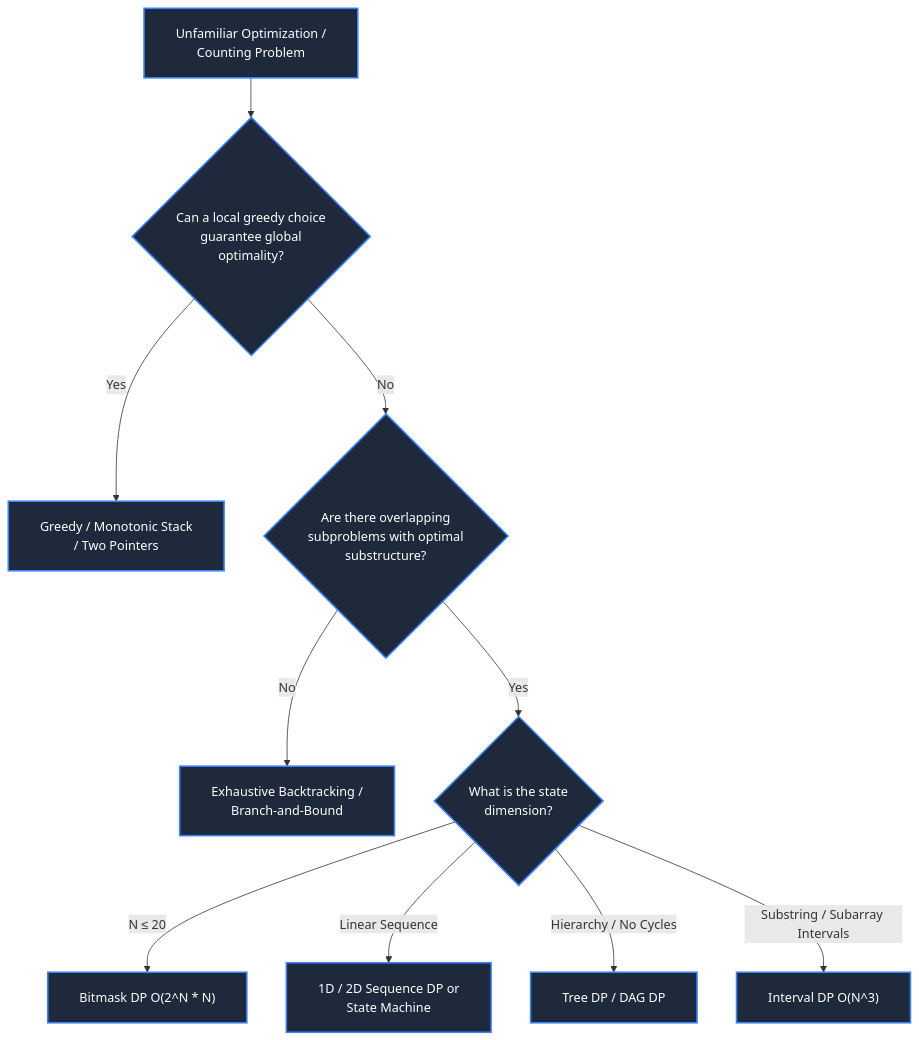
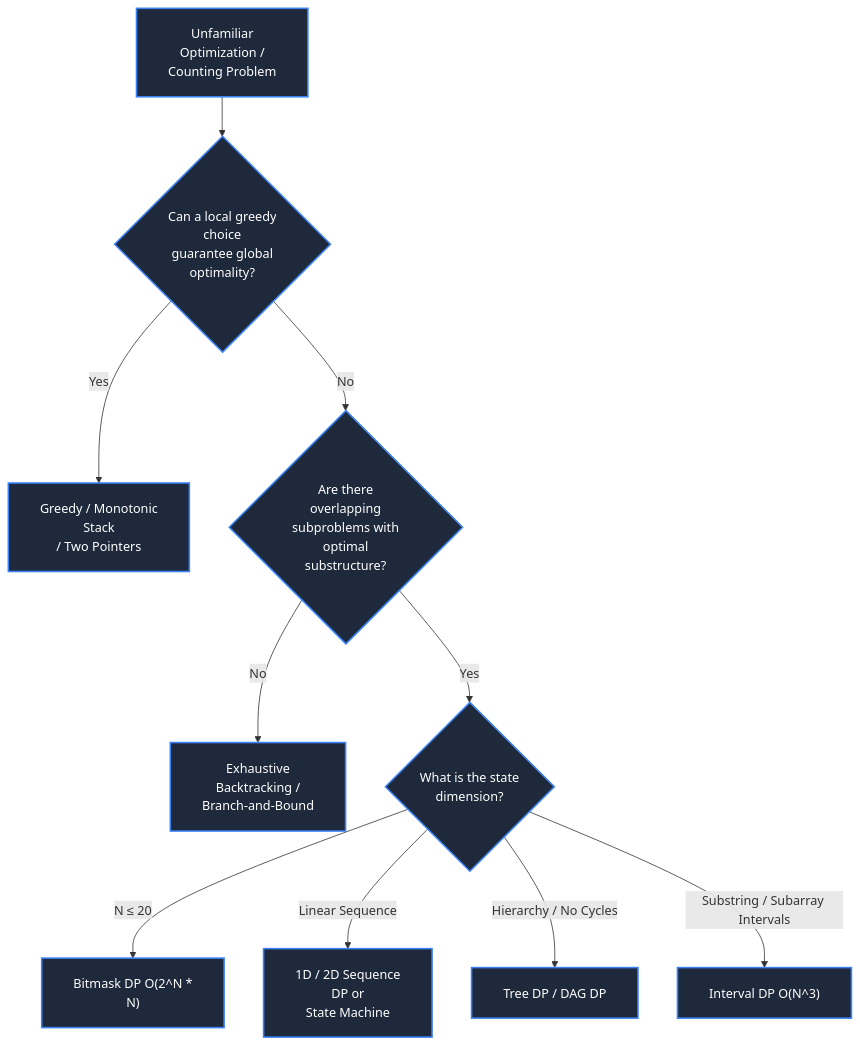
One commit to dip4k/DSA_102 changed the diagram in week_11_dp_ii_advanced/Week_11_Day_05_Mixed_DP_Problems_Instructional.md. Above: the diagram before and after it, drawn with Mermaid. The commit also changed 106 other files, not shown here.

First line of the commit message:
fix(mermaid): prevent text clipping with foreignObject overflow and tighter line wrapping

````diff
--- a/week_11_dp_ii_advanced/Week_11_Day_05_Mixed_DP_Problems_Instructional.md
+++ b/week_11_dp_ii_advanced/Week_11_Day_05_Mixed_DP_Problems_Instructional.md
@@ -82,16 +82,16 @@
 ```mermaid
-%%{init: {"flowchart": {"htmlLabels": true, "padding": 20}}}%%
+%%{init: {"flowchart": {"htmlLabels": true, "padding": 20}, "themeCSS": "foreignObject { overflow: visible !important; }"}}%%
 flowchart TD
-    Start["Unfamiliar Optimization /<br/>Counting Problem"] --> Q1{"Can a local greedy choice<br/>guarantee global<br/>optimality?"}
-    Q1 -->|"Yes"| Greedy["Greedy / Monotonic Stack<br/>/ Two Pointers"]
-    Q1 -->|"No"| Q2{"Are there overlapping<br/>subproblems with optimal<br/>substructure?"}
-    Q2 -->|"No"| Backtrack["Exhaustive Backtracking /<br/>Branch-and-Bound"]
+    Start["Unfamiliar<br/>Optimization /<br/>Counting Problem"] --> Q1{"Can a local greedy<br/>choice<br/>guarantee global<br/>optimality?"}
+    Q1 -->|"Yes"| Greedy["Greedy / Monotonic<br/>Stack<br/>/ Two Pointers"]
+    Q1 -->|"No"| Q2{"Are there<br/>overlapping<br/>subproblems with<br/>optimal<br/>substructure?"}
+    Q2 -->|"No"| Backtrack["Exhaustive<br/>Backtracking /<br/>Branch-and-Bound"]
     Q2 -->|"Yes"| Q3{"What is the state<br/>dimension?"}
-    Q3 -->|"N &le; 20"| Bitmask["Bitmask DP O(2^N * N)"]
-    Q3 -->|"Linear Sequence"| Seq["1D / 2D Sequence DP or<br/>State Machine"]
+    Q3 -->|"N &le; 20"| Bitmask["Bitmask DP O(2^N *<br/>N)"]
+    Q3 -->|"Linear Sequence"| Seq["1D / 2D Sequence<br/>DP or<br/>State Machine"]
     Q3 -->|"Hierarchy / No Cycles"| TreeDAG["Tree DP / DAG DP"]
     Q3 -->|"Substring / Subarray Intervals"| Interval["Interval DP O(N^3)"]
 
     classDef default fill:#1e293b,stroke:#3b82f6,stroke-width:2px,color:#ffffff
     classDef highlight fill:#0d47a1,stroke:#82b1ff,stroke-width:2px,color:#ffffff
 ```
````
